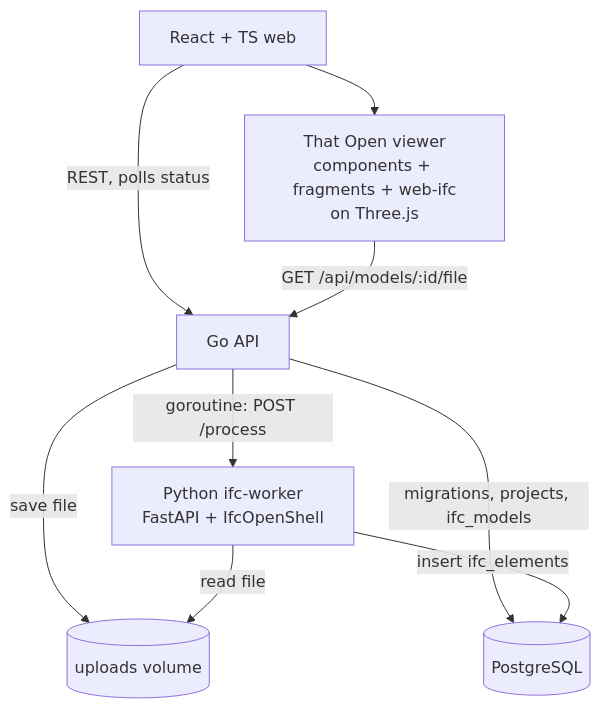
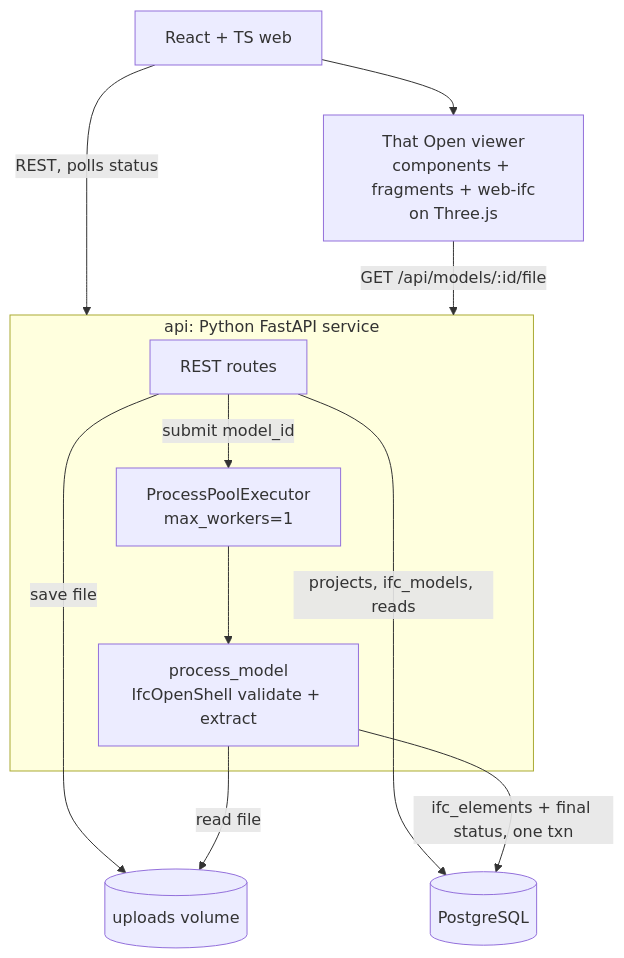
Before and after one commit to tony-dev-coam/mep-tracking: the first of 2 diagrams in docs/ai/design/2026-10-01-feature-ifc-ingest.md, drawn with Mermaid. The commit also changed other lines of this file and 3 other files, not shown here.

First line of the commit message:
docs(ifc-ingest): switch backend to single Python FastAPI service

````diff
--- a/docs/ai/design/2026-10-01-feature-ifc-ingest.md
+++ b/docs/ai/design/2026-10-01-feature-ifc-ingest.md
@@ -11,11 +11,14 @@
 ```mermaid
 graph TD
-  Web[React + TS web] -->|REST, polls status| API[Go API]
+  Web[React + TS web] -->|REST, polls status| API
   Web --> Viewer[That Open viewer<br/>components + fragments + web-ifc<br/>on Three.js]
   Viewer -->|GET /api/models/:id/file| API
-  API -->|save file| Vol[(uploads volume)]
-  API -->|migrations, projects, ifc_models| PG[(PostgreSQL)]
-  API -->|goroutine: POST /process| Worker[Python ifc-worker<br/>FastAPI + IfcOpenShell]
-  Worker -->|read file| Vol
-  Worker -->|insert ifc_elements| PG
+  subgraph API[api: Python FastAPI service]
+    Routes[REST routes] -->|submit model_id| Pool[ProcessPoolExecutor<br/>max_workers=1]
+    Pool --> Job[process_model<br/>IfcOpenShell validate + extract]
+  end
+  Routes -->|save file| Vol[(uploads volume)]
+  Job -->|read file| Vol
+  Routes -->|projects, ifc_models, reads| PG[(PostgreSQL)]
+  Job -->|ifc_elements + final status, one txn| PG
 ```
````
